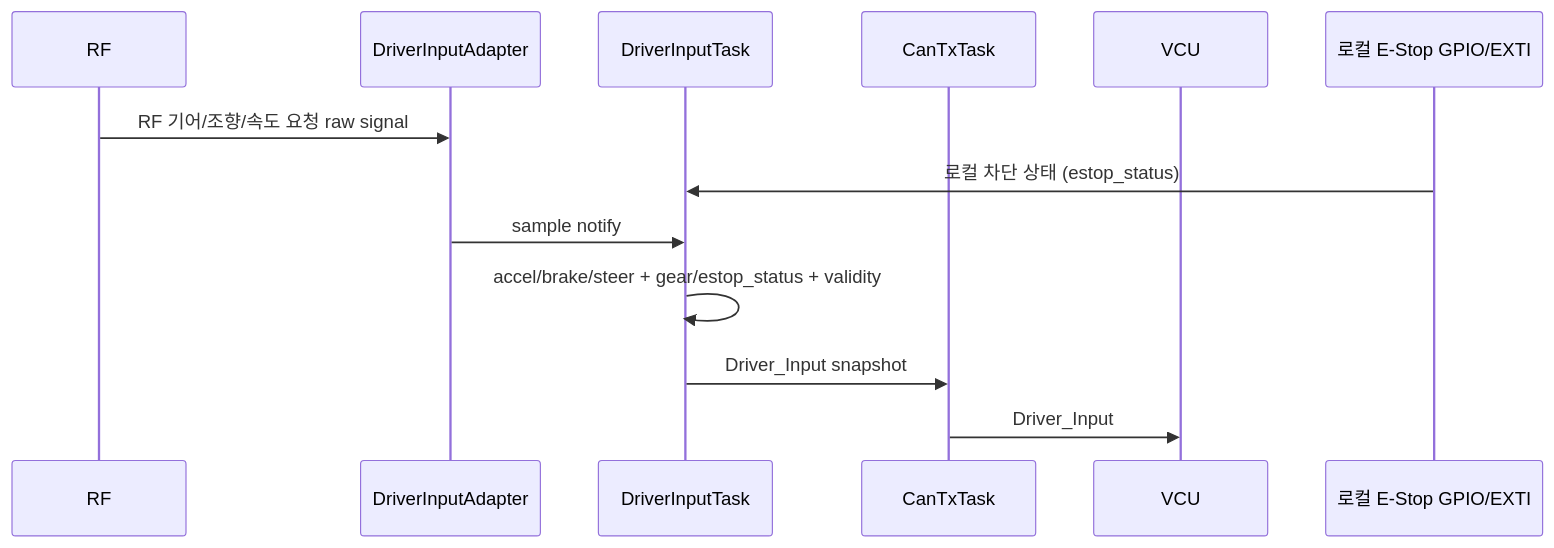
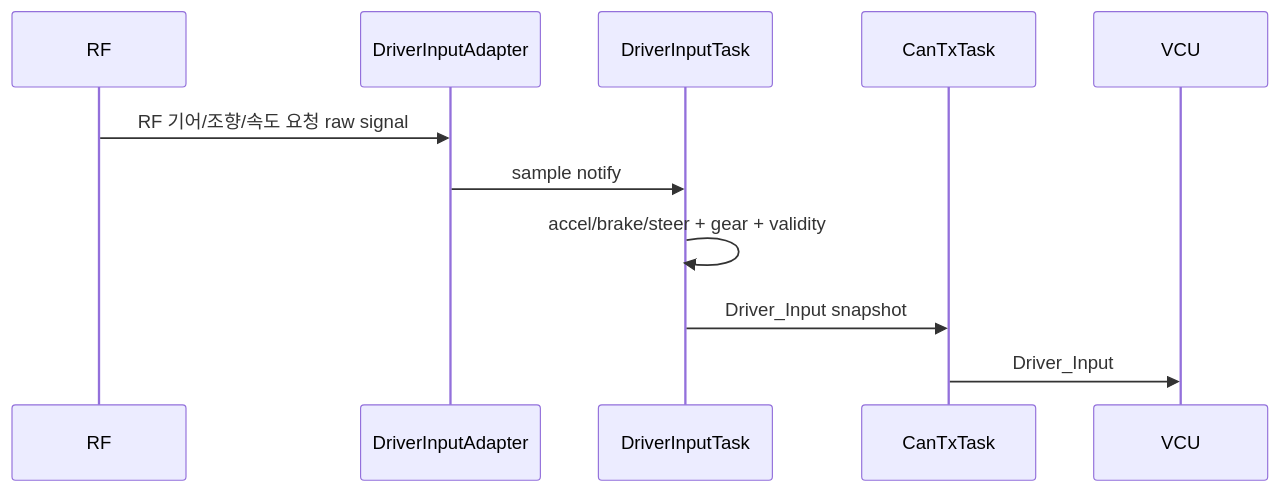
The third of 5 diagrams in docs/ecus/Motor_Steering_Control/ARCHITECTURE.md (sunmaan22/SDV_MCU_Project), drawn with Mermaid before and after one commit. The commit also changed other lines of this file and 1 other file, not shown here.

First line of the commit message:
Remove E-Stop from Motor_Steering_Control SPECIFICATION/ARCHITECTURE

````diff
--- a/docs/ecus/Motor_Steering_Control/ARCHITECTURE.md
+++ b/docs/ecus/Motor_Steering_Control/ARCHITECTURE.md
@@ -348,16 +347,14 @@
 ```mermaid
 sequenceDiagram
     participant IN as RF
     participant RFAD as DriverInputAdapter
     participant DI as DriverInputTask
     participant TX as CanTxTask
     participant VCU
 
-    participant ES as 로컬 E-Stop GPIO/EXTI
     IN->>RFAD: RF 기어/조향/속도 요청 raw signal
-    ES->>DI: 로컬 차단 상태 (estop_status)
     RFAD->>DI: sample notify
-    DI->>DI: accel/brake/steer + gear/estop_status + validity
+    DI->>DI: accel/brake/steer + gear + validity
     DI->>TX: Driver_Input snapshot
     TX->>VCU: Driver_Input
 ```
````
